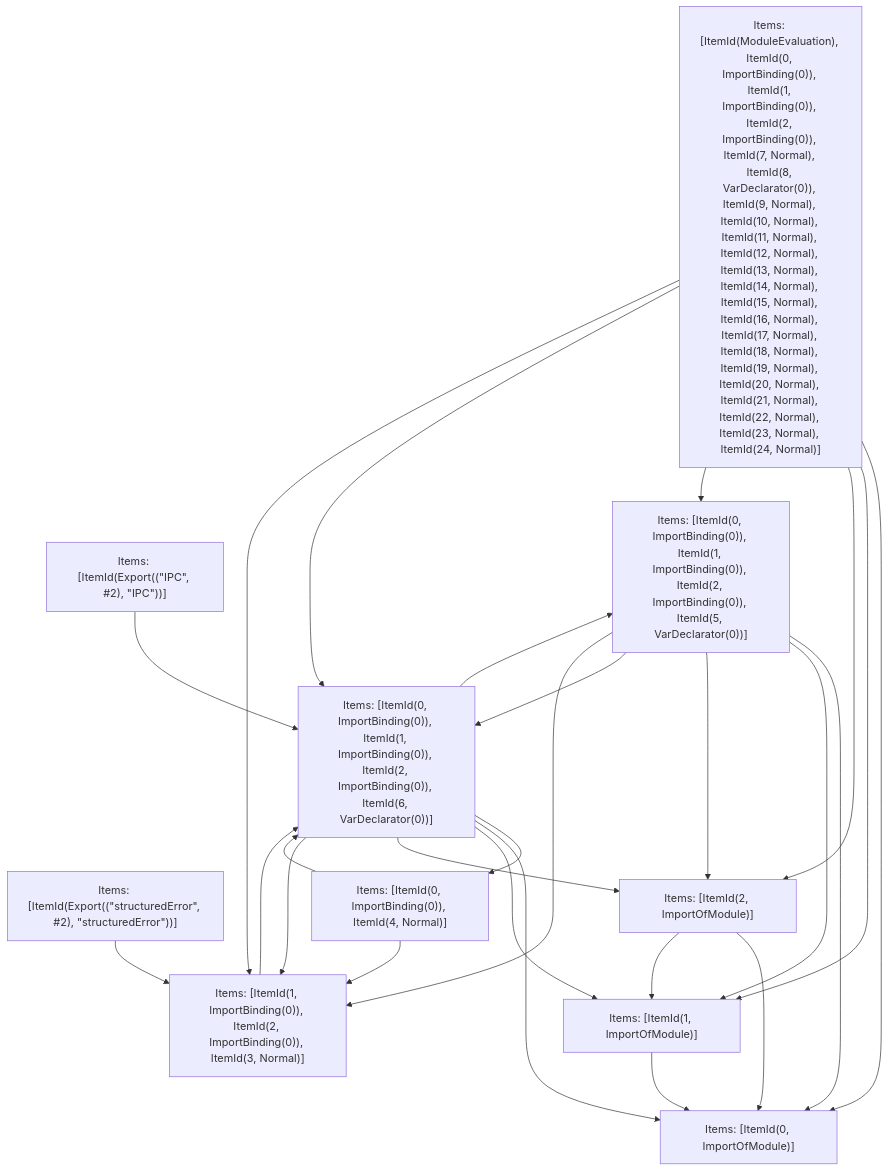
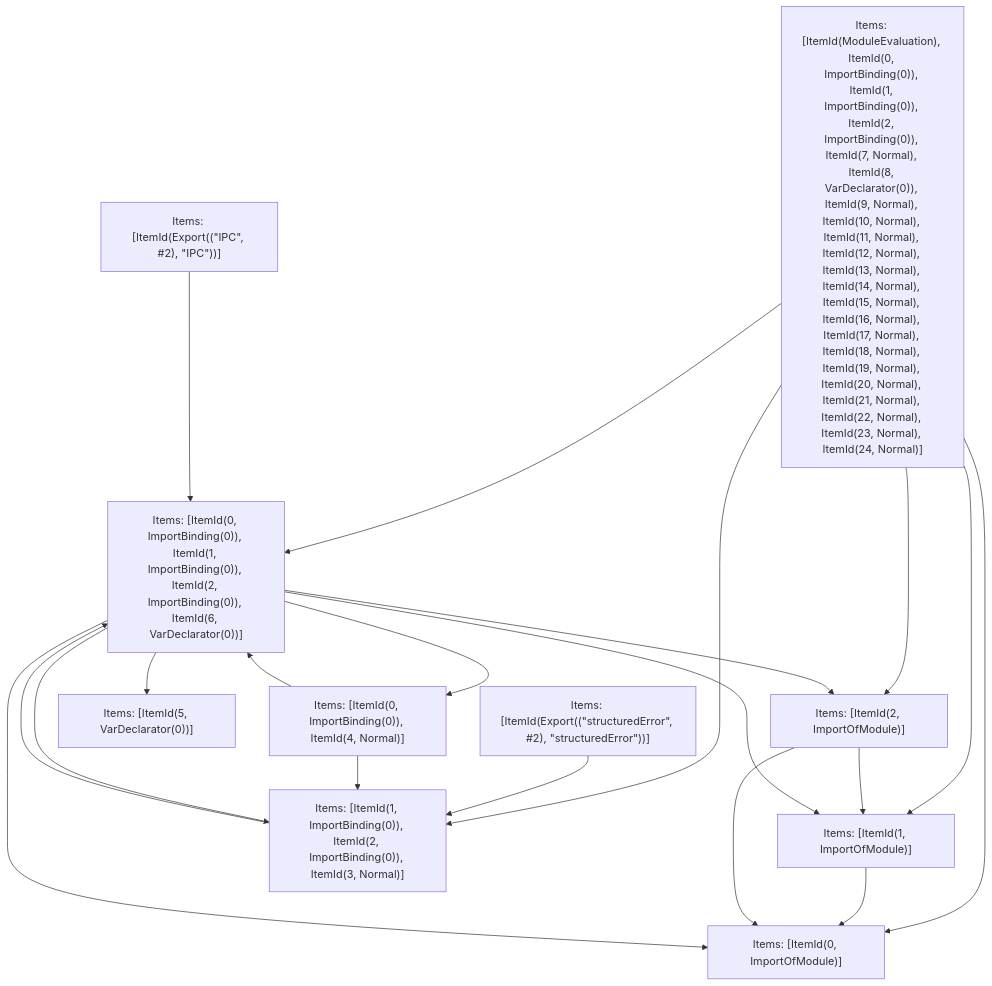
One commit to vercel/turborepo changed the fifth of 5 diagrams in crates/turbopack-ecmascript/tests/tree-shaker/analyzer/ipc-index/output.md. Above: the diagram before and after it, drawn with Mermaid. The commit also changed other lines of this file and 15 other files, not shown here.

````diff
--- a/crates/turbopack-ecmascript/tests/tree-shaker/analyzer/ipc-index/output.md
+++ b/crates/turbopack-ecmascript/tests/tree-shaker/analyzer/ipc-index/output.md
@@ -1604,38 +1528,32 @@
 ```mermaid
 graph TD
     N0["Items: [ItemId(ModuleEvaluation), ItemId(0, ImportBinding(0)), ItemId(1, ImportBinding(0)), ItemId(2, ImportBinding(0)), ItemId(7, Normal), ItemId(8, VarDeclarator(0)), ItemId(9, Normal), ItemId(10, Normal), ItemId(11, Normal), ItemId(12, Normal), ItemId(13, Normal), ItemId(14, Normal), ItemId(15, Normal), ItemId(16, Normal), ItemId(17, Normal), ItemId(18, Normal), ItemId(19, Normal), ItemId(20, Normal), ItemId(21, Normal), ItemId(22, Normal), ItemId(23, Normal), ItemId(24, Normal)]"];
     N1["Items: [ItemId(Export((&quot;structuredError&quot;, #2), &quot;structuredError&quot;))]"];
     N2["Items: [ItemId(Export((&quot;IPC&quot;, #2), &quot;IPC&quot;))]"];
     N3["Items: [ItemId(0, ImportOfModule)]"];
     N4["Items: [ItemId(1, ImportOfModule)]"];
     N5["Items: [ItemId(2, ImportOfModule)]"];
     N6["Items: [ItemId(1, ImportBinding(0)), ItemId(2, ImportBinding(0)), ItemId(3, Normal)]"];
     N7["Items: [ItemId(0, ImportBinding(0)), ItemId(4, Normal)]"];
-    N8["Items: [ItemId(0, ImportBinding(0)), ItemId(1, ImportBinding(0)), ItemId(2, ImportBinding(0)), ItemId(5, VarDeclarator(0))]"];
+    N8["Items: [ItemId(5, VarDeclarator(0))]"];
     N9["Items: [ItemId(0, ImportBinding(0)), ItemId(1, ImportBinding(0)), ItemId(2, ImportBinding(0)), ItemId(6, VarDeclarator(0))]"];
     N0 --> N3;
     N0 --> N4;
     N0 --> N5;
-    N0 --> N8;
     N0 --> N9;
     N0 --> N6;
     N1 --> N6;
     N2 --> N9;
     N4 --> N3;
     N5 --> N3;
     N5 --> N4;
     N6 --> N9;
     N7 --> N9;
     N7 --> N6;
-    N8 --> N3;
-    N8 --> N4;
-    N8 --> N5;
-    N8 --> N9;
-    N8 --> N6;
     N9 --> N7;
     N9 --> N8;
     N9 --> N3;
     N9 --> N4;
     N9 --> N5;
     N9 --> N6;
 ```
````
